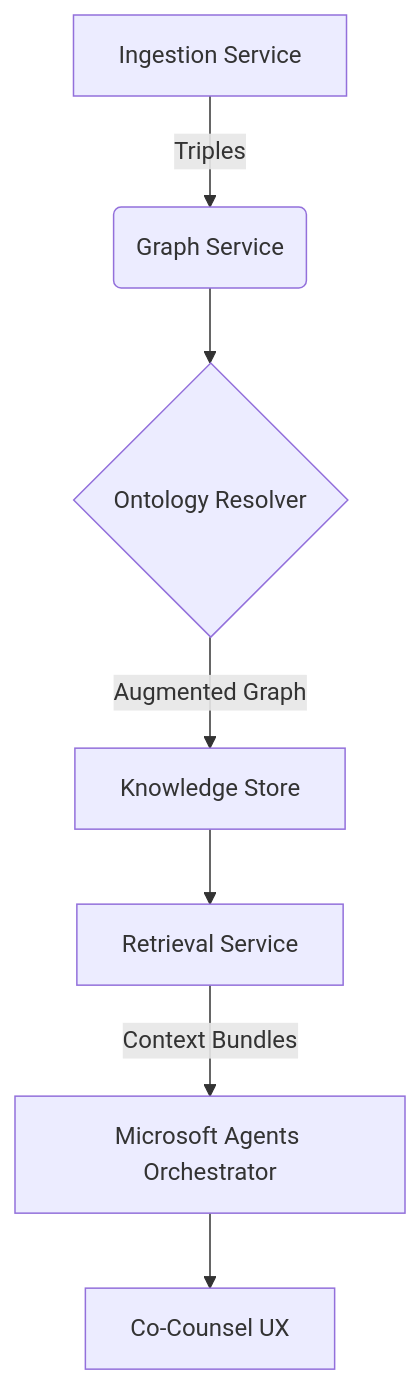
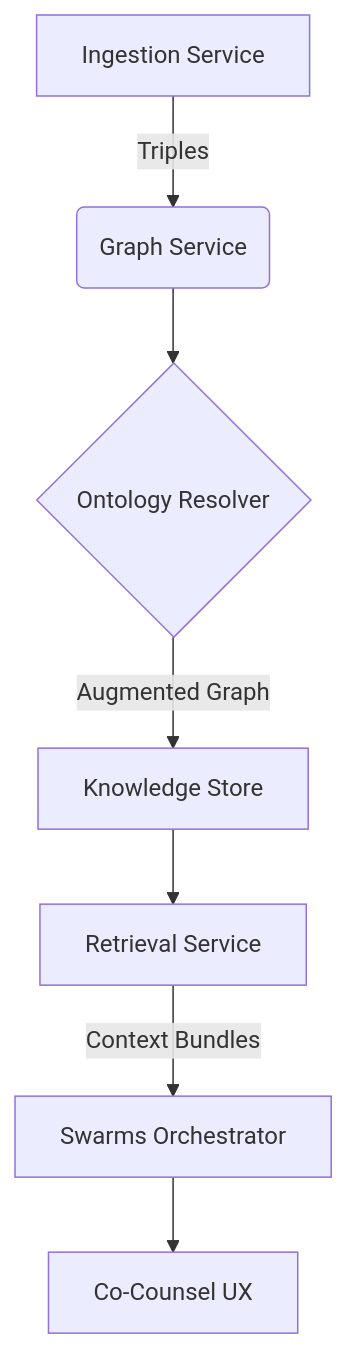
One commit to ahouse2/1_30_26 changed the diagram in co-counsel_final/docs/reviews/2025-11-27_codebase_evaluation.md. Above: the diagram before and after it, drawn with Mermaid. The commit also changed other lines of this file and 180 other files, not shown here.

````diff
--- a/co-counsel_final/docs/reviews/2025-11-27_codebase_evaluation.md
+++ b/co-counsel_final/docs/reviews/2025-11-27_codebase_evaluation.md
@@ -64,9 +64,9 @@
 ```mermaid
 graph TD
     A[Ingestion Service] -->|Triples| B(Graph Service)
     B --> C{Ontology Resolver}
     C -->|Augmented Graph| D[Knowledge Store]
     D --> E[Retrieval Service]
-    E -->|Context Bundles| F[Microsoft Agents Orchestrator]
+    E -->|Context Bundles| F[Swarms Orchestrator]
     F --> G[Co-Counsel UX]
 ```
````
